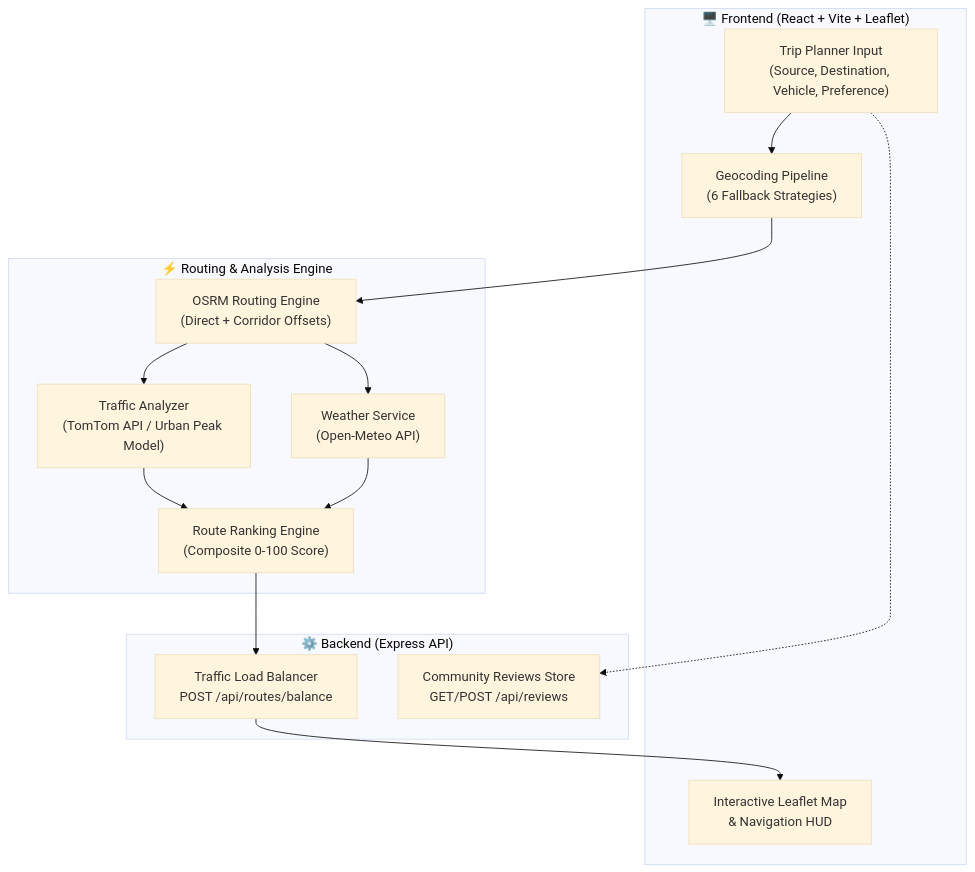
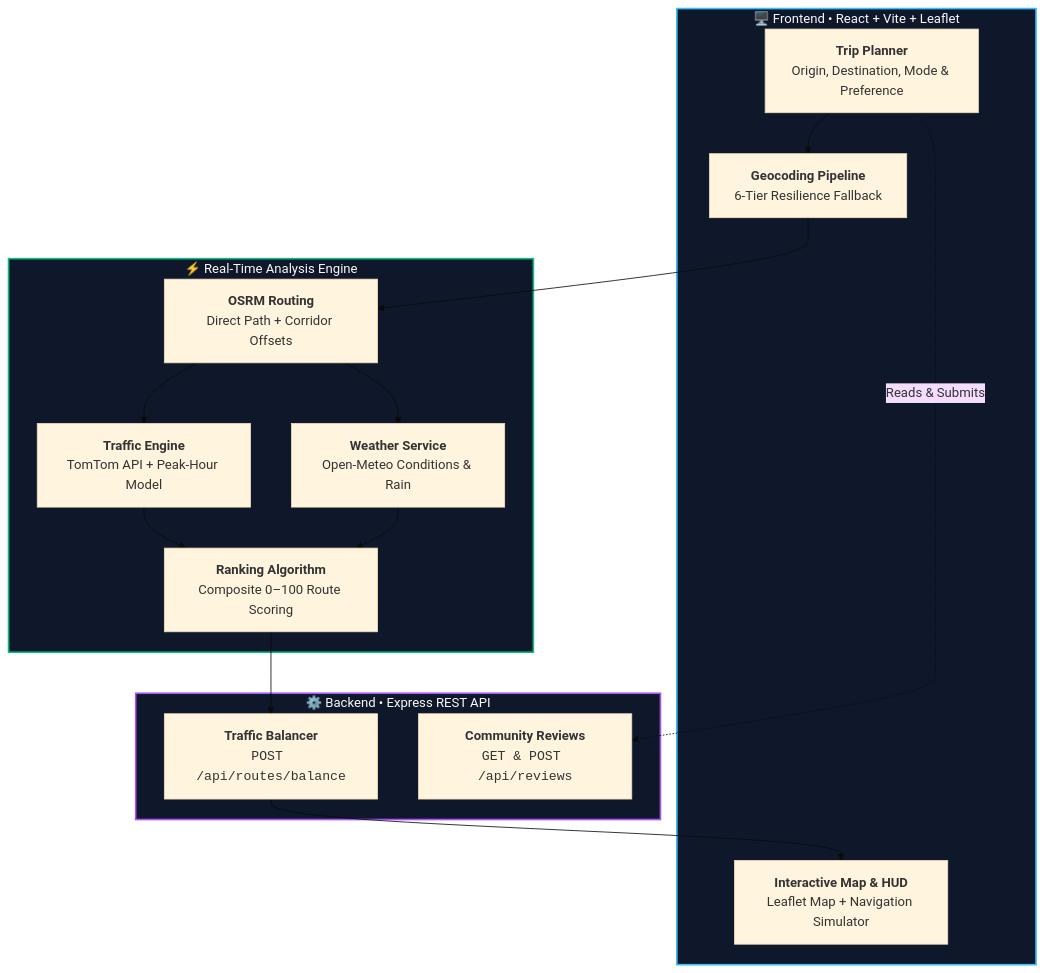
Before and after one commit to Vedant-Works/FlowX: the first of 2 diagrams in README.md, drawn with Mermaid (base theme). The commit also changed other lines of this file, not shown here.

Commit message:
Fix Mermaid syntax error in README and enhance flowchart styles

````diff
--- a/README.md
+++ b/README.md
@@ -33,28 +33,34 @@
 ```mermaid
 flowchart TD
-    subgraph Client ["🖥️ Frontend (React + Vite + Leaflet)"]
-        UI["Trip Planner Input\n(Source, Destination, Vehicle, Preference)"]
-        GEO["Geocoding Pipeline\n(6 Fallback Strategies)"]
-        MAP["Interactive Leaflet Map\n& Navigation HUD"]
+    subgraph Client ["🖥️ Frontend &bull; React + Vite + Leaflet"]
+        UI["<b>Trip Planner</b><br/>Origin, Destination, Mode & Preference"]
+        GEO["<b>Geocoding Pipeline</b><br/>6-Tier Resilience Fallback"]
+        MAP["<b>Interactive Map & HUD</b><br/>Leaflet Map + Navigation Simulator"]
     end
 
-    subgraph RoutingEngine ["⚡ Routing & Analysis Engine"]
-        OSRM["OSRM Routing Engine\n(Direct + Corridor Offsets)"]
-        TRAFFIC["Traffic Analyzer\n(TomTom API / Urban Peak Model)"]
-        WEATHER["Weather Service\n(Open-Meteo API)"]
-        RANK["Route Ranking Engine\n(Composite 0-100 Score)"]
+    subgraph RoutingEngine ["⚡ Real-Time Analysis Engine"]
+        OSRM["<b>OSRM Routing</b><br/>Direct Path + Corridor Offsets"]
+        TRAFFIC["<b>Traffic Engine</b><br/>TomTom API + Peak-Hour Model"]
+        WEATHER["<b>Weather Service</b><br/>Open-Meteo Conditions & Rain"]
+        RANK["<b>Ranking Algorithm</b><br/>Composite 0–100 Route Scoring"]
     end
 
-    subgraph Backend ["⚙️ Backend (Express API)"]
-        BAL["Traffic Load Balancer\nPOST /api/routes/balance"]
-        REV["Community Reviews Store\nGET/POST /api/reviews"]
+    subgraph Backend ["⚙️ Backend &bull; Express REST API"]
+        BAL["<b>Traffic Balancer</b><br/><code>POST /api/routes/balance</code>"]
+        REV["<b>Community Reviews</b><br/><code>GET & POST /api/reviews</code>"]
     end
 
     UI --> GEO
     GEO --> OSRM
-    OSRM --> TRAFFIC & WEATHER
-    TRAFFIC & WEATHER --> RANK
+    OSRM --> TRAFFIC
+    OSRM --> WEATHER
+    TRAFFIC --> RANK
+    WEATHER --> RANK
     RANK --> BAL
     BAL --> MAP
-    UI -.-> REV
+    UI -.->|"Reads & Submits"| REV
+
+    style Client fill:#0f172a,stroke:#38bdf8,stroke-width:2px,color:#f8fafc
+    style RoutingEngine fill:#0f172a,stroke:#10b981,stroke-width:2px,color:#f8fafc
+    style Backend fill:#0f172a,stroke:#a855f7,stroke-width:2px,color:#f8fafc
 ```
````
